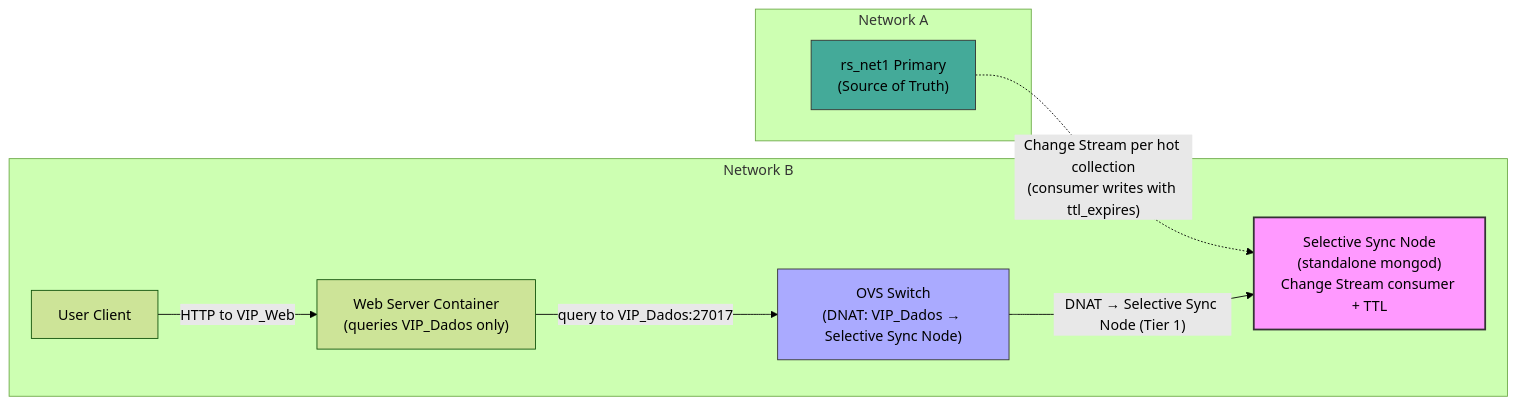
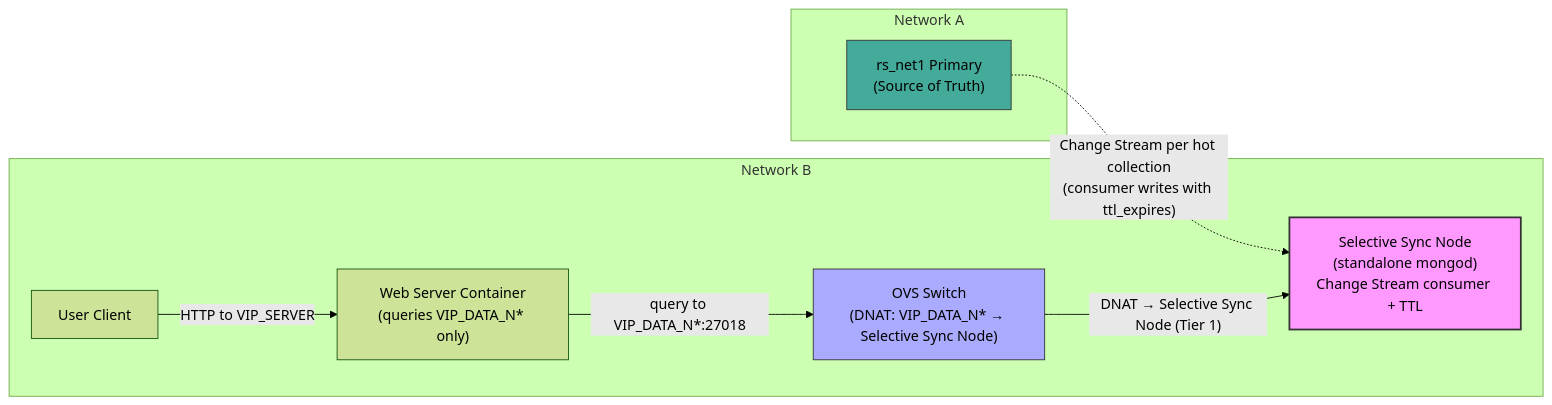
Before and after one commit to poioe20p/efficient-storage-in-edge-scenarios: diagram 12 of 21 in docs/operation/system_scenarios.md, drawn with Mermaid (forest theme). The commit also changed other lines of this file and 28 other files, not shown here.

Commit message:
- setup testing workload - setup http request with connection to db (made some fixes) wrong port and etc - controller was able to vip route both client http to server and server mongodb to db

````diff
--- a/docs/operation/system_scenarios.md
+++ b/docs/operation/system_scenarios.md
@@ -305,22 +302,22 @@
 ```mermaid
 graph LR
     subgraph Network A
         PrimaryA["rs_net1 Primary<br/>(Source of Truth)"]
     end
 
     subgraph Network B
         ClientB[User Client]
-        AppB["Web Server Container<br/>(queries VIP_Dados only)"]
-        OVS["OVS Switch<br/>(DNAT: VIP_Dados → Selective Sync Node)"]
+        AppB["Web Server Container<br/>(queries VIP_DATA_N* only)"]
+        OVS["OVS Switch<br/>(DNAT: VIP_DATA_N* → Selective Sync Node)"]
         CacheB["Selective Sync Node<br/>(standalone mongod)<br/>Change Stream consumer + TTL"]
     end
 
     PrimaryA -.->|"Change Stream per hot collection<br/>(consumer writes with ttl_expires)"| CacheB
-    ClientB -->|"HTTP to VIP_Web"| AppB
-    AppB -->|"query to VIP_Dados:27017"| OVS
+    ClientB -->|"HTTP to VIP_SERVER"| AppB
+    AppB -->|"query to VIP_DATA_N*:27018"| OVS
     OVS -->|"DNAT → Selective Sync Node (Tier 1)"| CacheB
 
     style CacheB fill:#f9f,stroke:#333,stroke-width:2px
     style PrimaryA fill:#4a9,stroke:#333
     style OVS fill:#aaf,stroke:#333
 ```
````
